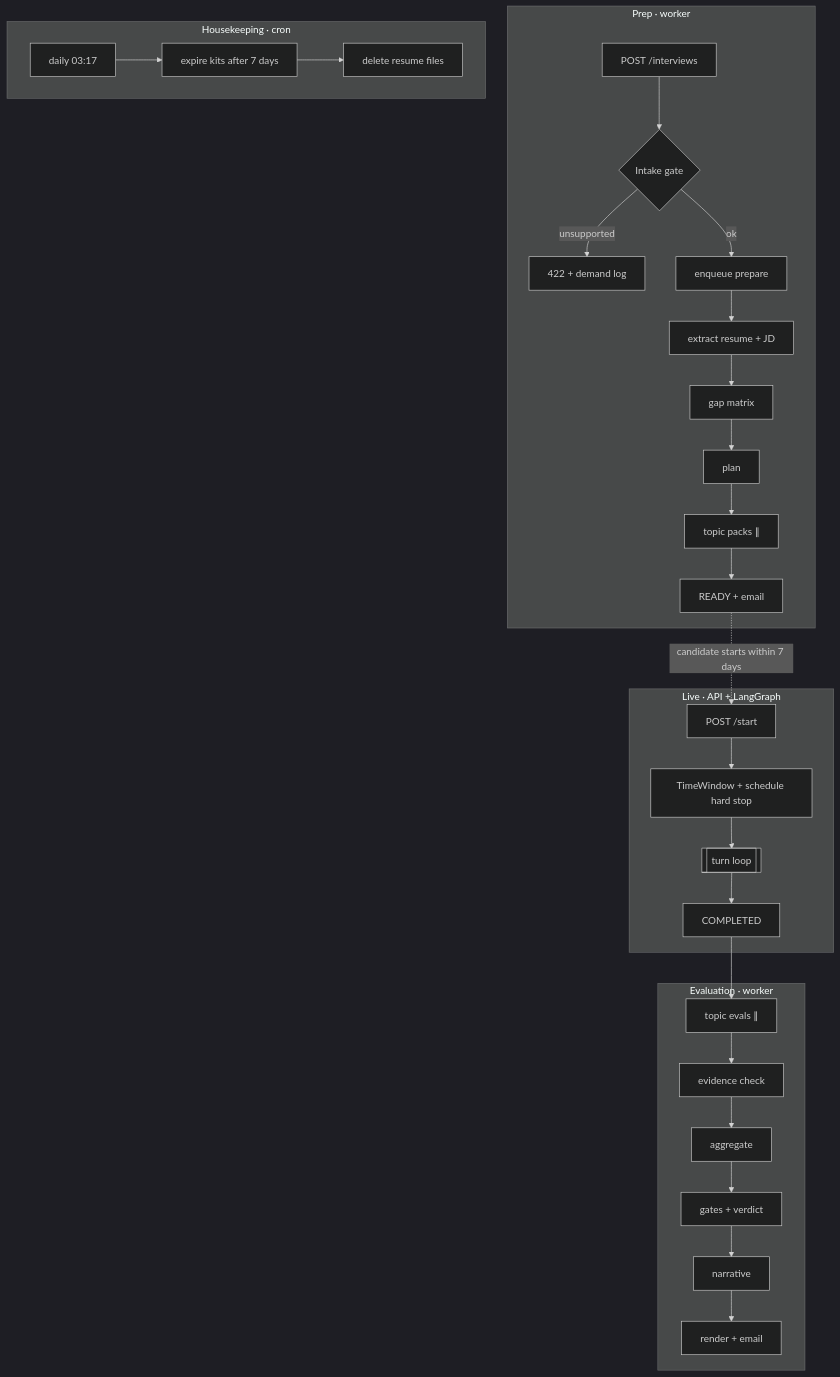
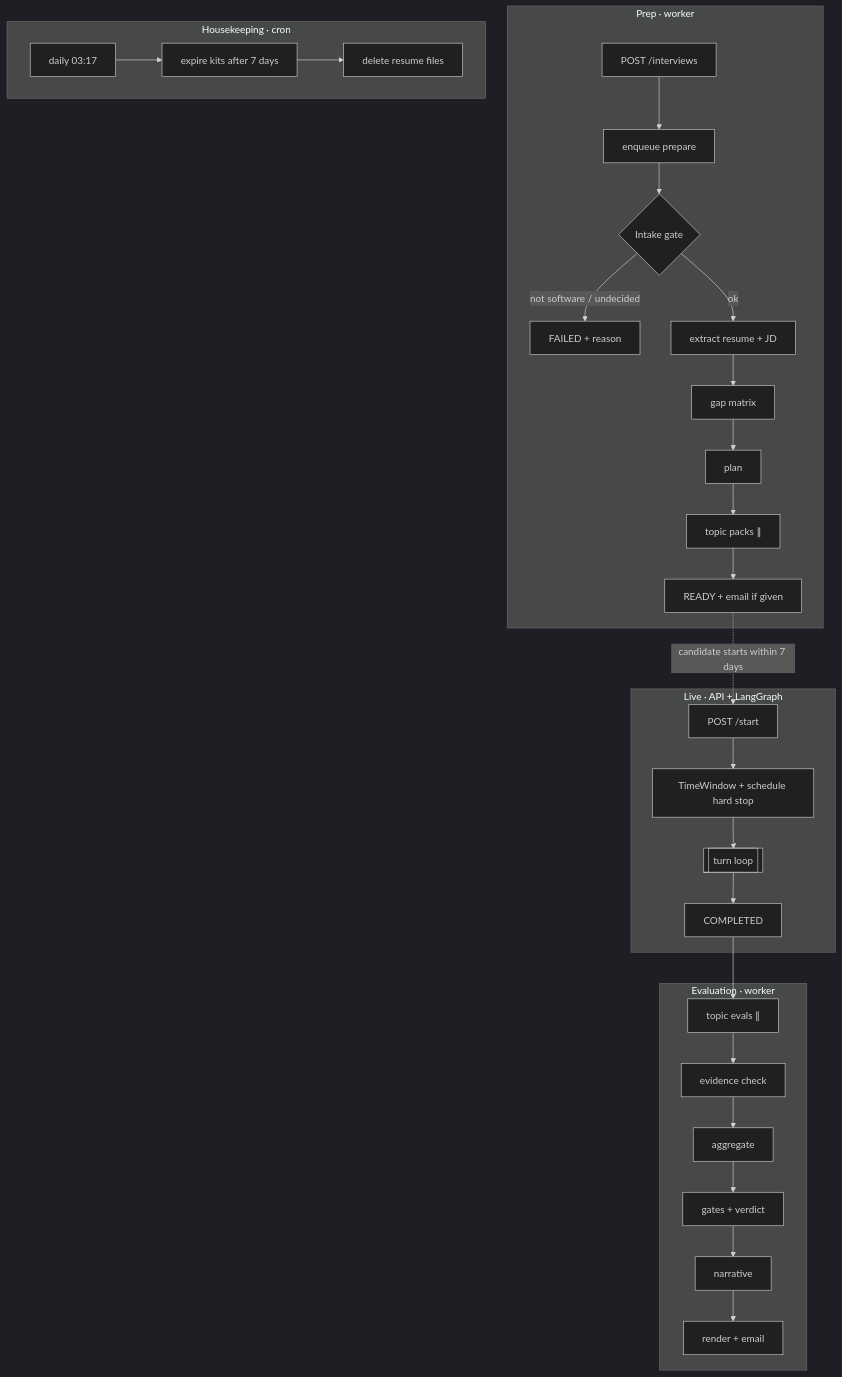
Before and after one commit to sshubham07/qualifai: the fifth of 6 diagrams in docs/deep-dive.md, drawn with Mermaid (dark theme). The commit also changed other lines of this file and 47 other files, not shown here.

First line of the commit message:
intake gate in prep job, more role families, meet id instead of email

````diff
--- a/docs/deep-dive.md
+++ b/docs/deep-dive.md
@@ -274,19 +274,19 @@
 ```mermaid
 flowchart TB
   subgraph W1["Prep · worker"]
-    a1[POST /interviews] --> a2{Intake gate}
-    a2 -- unsupported --> a3[422 + demand log]
-    a2 -- ok --> a4[enqueue prepare] --> a5[extract resume + JD] --> a6[gap matrix] --> a7[plan] --> a8[topic packs ∥] --> a9[READY + email]
+    a1[POST /interviews] --> a4[enqueue prepare] --> a2{Intake gate}
+    a2 -- not software / undecided --> a3[FAILED + reason]
+    a2 -- ok --> a5[extract resume + JD] --> a6[gap matrix] --> a7[plan] --> a8[topic packs ∥] --> a9[READY + email if given]
   end
   subgraph W2["Live · API + LangGraph"]
     b1[POST /start] --> b2[TimeWindow + schedule hard stop] --> b3[[turn loop]] --> b4[COMPLETED]
   end
   subgraph W3["Evaluation · worker"]
     c1[topic evals ∥] --> c2[evidence check] --> c3[aggregate] --> c4[gates + verdict] --> c5[narrative] --> c6[render + email]
   end
   subgraph W4["Housekeeping · cron"]
     d1[daily 03:17] --> d2[expire kits after 7 days] --> d3[delete resume files]
   end
   a9 -. candidate starts within 7 days .-> b1
   b4 --> c1
 ```
````
